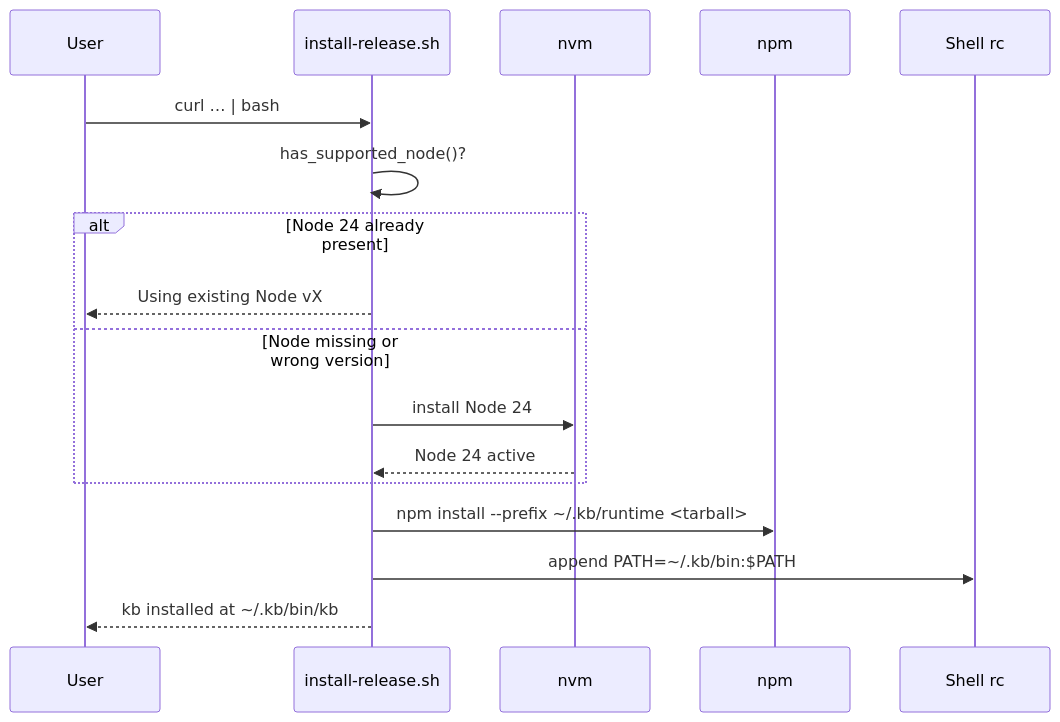
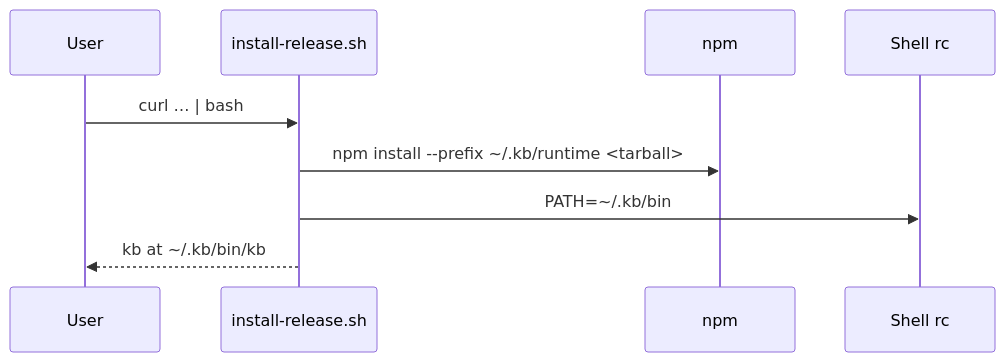
One commit to rosenjcb/kb changed the diagram in scripts/INSTALL.md. Above: the diagram before and after it, drawn with Mermaid. The commit also changed other lines of this file and 460 other files, not shown here.

````diff
--- a/scripts/INSTALL.md
+++ b/scripts/INSTALL.md
@@ -16,20 +16,12 @@
 ```mermaid
 sequenceDiagram
   participant User
   participant install-release.sh
-  participant nvm
   participant npm
   participant Shell rc
 
   User->>install-release.sh: curl … | bash
-  install-release.sh->>install-release.sh: has_supported_node()?
-  alt Node 24 already present
-    install-release.sh-->>User: Using existing Node vX
-  else Node missing or wrong version
-    install-release.sh->>nvm: install Node 24
-    nvm-->>install-release.sh: Node 24 active
-  end
   install-release.sh->>npm: npm install --prefix ~/.kb/runtime <tarball>
-  install-release.sh->>Shell rc: append PATH=~/.kb/bin:$PATH
-  install-release.sh-->>User: kb installed at ~/.kb/bin/kb
+  install-release.sh->>Shell rc: PATH=~/.kb/bin
+  install-release.sh-->>User: kb at ~/.kb/bin/kb
 ```
````
